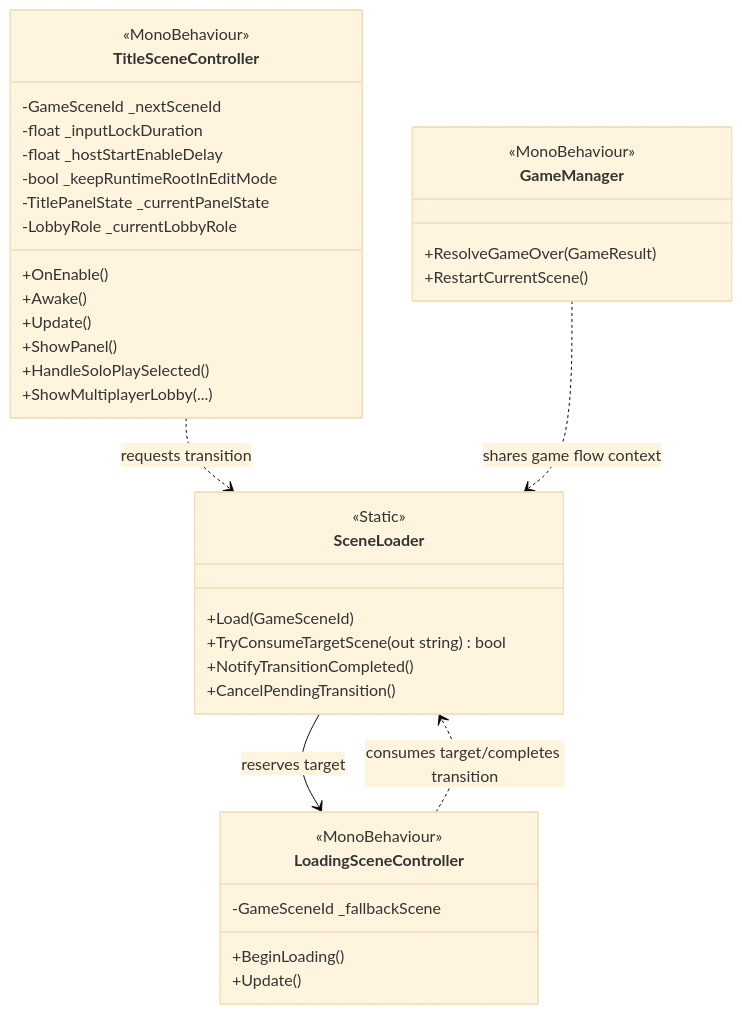
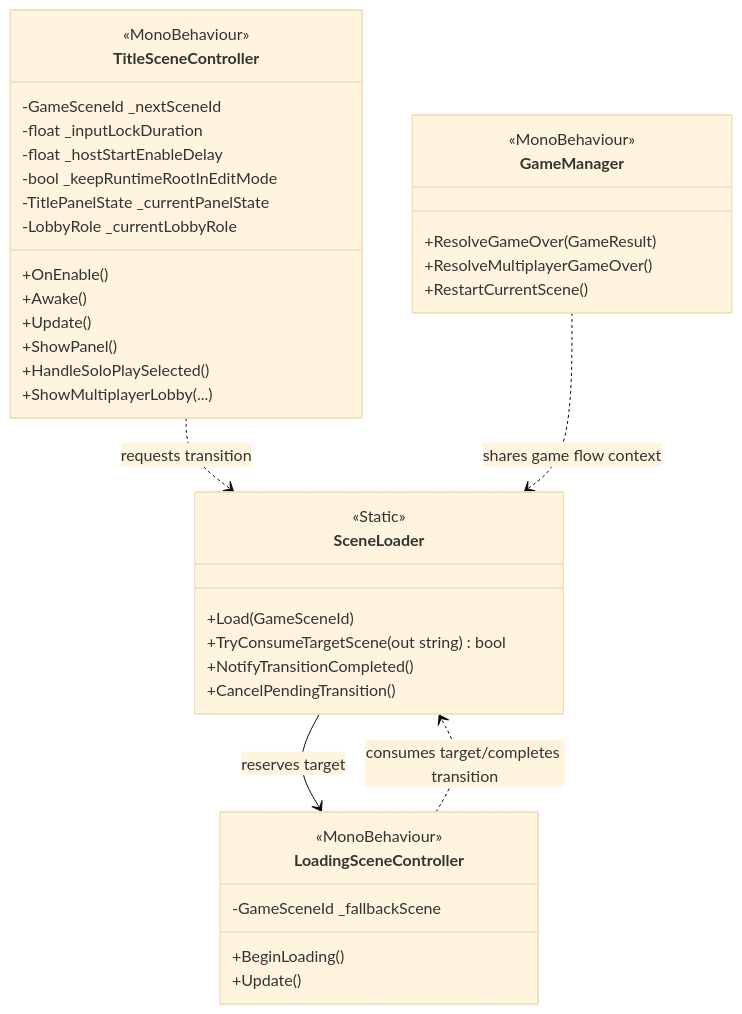
The fourth of 4 diagrams in docs/technical/System_Blueprint.md (BallTank/BossRaidPortfolio), drawn with Mermaid (base theme) before and after one commit. The commit also changed other lines of this file and 18 other files, not shown here.

````diff
--- a/docs/technical/System_Blueprint.md
+++ b/docs/technical/System_Blueprint.md
@@ -460,47 +502,48 @@
 ```mermaid
 classDiagram
     direction TB
 
     class TitleSceneController {
         <<MonoBehaviour>>
         -GameSceneId _nextSceneId
         -float _inputLockDuration
         -float _hostStartEnableDelay
         -bool _keepRuntimeRootInEditMode
         -TitlePanelState _currentPanelState
         -LobbyRole _currentLobbyRole
         +OnEnable()
         +Awake()
         +Update()
         +ShowPanel()
         +HandleSoloPlaySelected()
         +ShowMultiplayerLobby(...)
     }
 
     class SceneLoader {
         <<Static>>
         +Load(GameSceneId)
         +TryConsumeTargetScene(out string) bool
         +NotifyTransitionCompleted()
         +CancelPendingTransition()
     }
 
     class LoadingSceneController {
         <<MonoBehaviour>>
         -GameSceneId _fallbackScene
         +BeginLoading()
         +Update()
     }
 
     class GameManager {
         <<MonoBehaviour>>
         +ResolveGameOver(GameResult)
+        +ResolveMultiplayerGameOver()
         +RestartCurrentScene()
     }
 
     %% Relationships
     TitleSceneController ..> SceneLoader : requests transition
     SceneLoader --> LoadingSceneController : reserves target
     LoadingSceneController ..> SceneLoader : consumes target/completes transition
     GameManager ..> SceneLoader : shares game flow context
 ```
````
